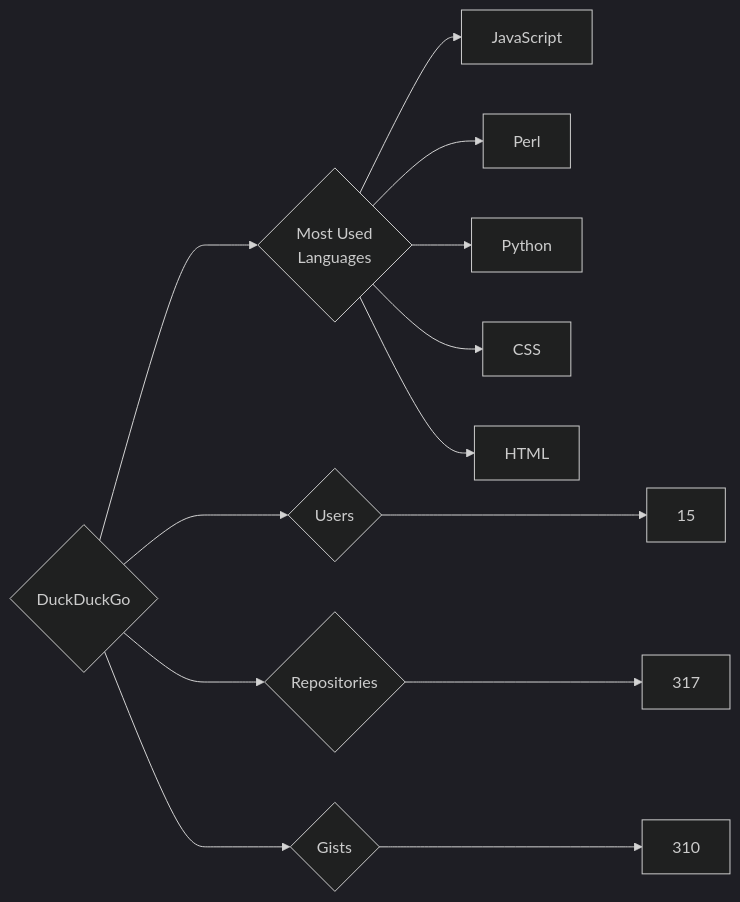
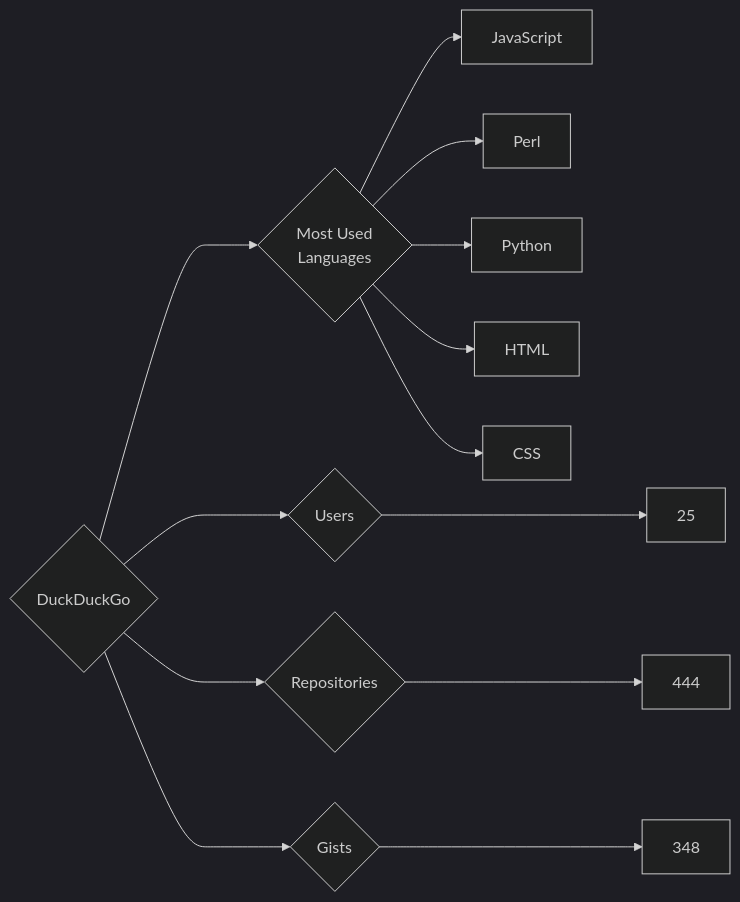
The diagram in targets/DuckDuckGo/README.md (trickest/insiders), drawn with Mermaid (dark theme) before and after one commit. The commit also changed 721 other files, not shown here.

````diff
--- a/targets/DuckDuckGo/README.md
+++ b/targets/DuckDuckGo/README.md
@@ -3,13 +3,13 @@
 ```mermaid
 graph LR
 COMPANY_NAME{DuckDuckGo}
-COMPANY_NAME ---> U{Users} ---> UN[15]
-COMPANY_NAME ---> R{Repositories} ---> RN[317]
-COMPANY_NAME ---> G{Gists} ---> GN[310]
+COMPANY_NAME ---> U{Users} ---> UN[25]
+COMPANY_NAME ---> R{Repositories} ---> RN[444]
+COMPANY_NAME ---> G{Gists} ---> GN[348]
 COMPANY_NAME ---> ML{Most Used<br>Languages}
 ML --> JavaScript[JavaScript]
 ML --> Perl[Perl]
 ML --> Python[Python]
+ML --> HTML[HTML]
 ML --> CSS[CSS]
-ML --> HTML[HTML]
 ```
````
